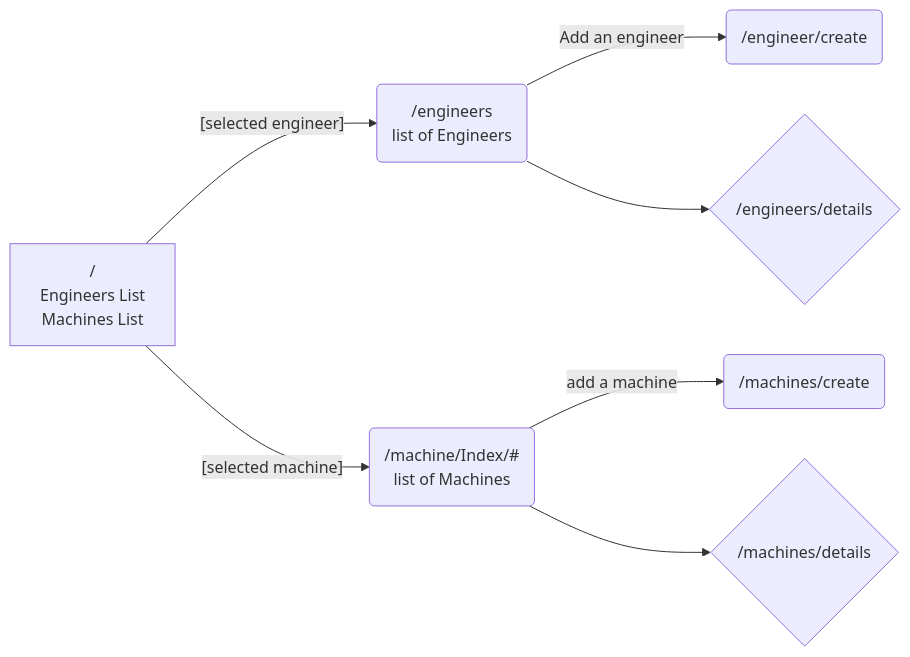
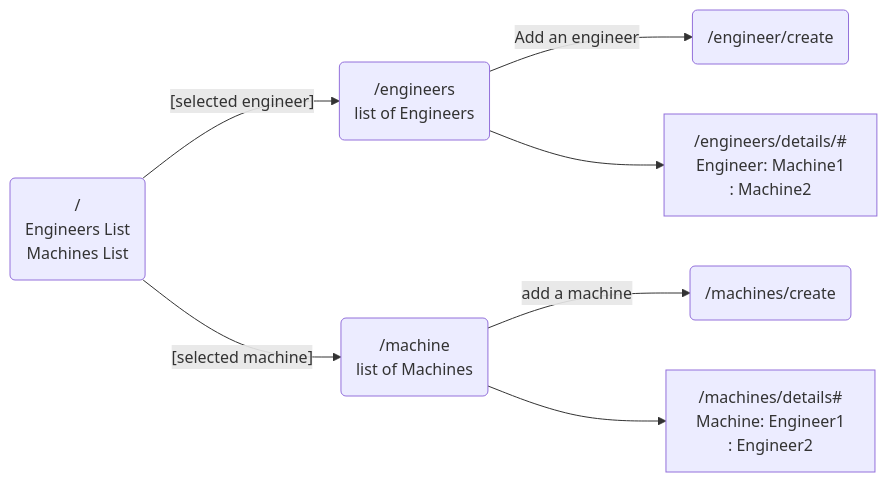
One commit to John-Dig/Factory.Solution changed the diagram in README.md. Above: the diagram before and after it, drawn with Mermaid. The commit also changed 14 other files, not shown here.

````diff
--- a/README.md
+++ b/README.md
@@ -3,8 +3,8 @@
 ```mermaid
 flowchart LR
-SplashPage["/"<br>Engineers List<br>Machines List]--"[selected engineer]"-->EngineersIndex("/engineers"<br>list of Engineers)--Add an engineer-->EngineerCreate("/engineer/create") 
-EngineersIndex-->EngineersDetails{"/engineers/details"}
-SplashPage--"[selected machine]"-->MachineIndex("/machine/Index/#"<br>list of Machines<br>)--add a machine-->MachineCreate("/machines/create"<br>)
-MachineIndex-->MachineDetails{"/machines/details"}
+SplashPage("/"<br>Engineers List<br>Machines List)--"[selected engineer]"-->EngineersIndex("/engineers"<br>list of Engineers)--Add an engineer-->EngineerCreate("/engineer/create") 
+EngineersIndex-->EngineersDetails["/engineers/details/#"<br>Engineer: Machine1<br>        : Machine2]
+SplashPage--"[selected machine]"-->MachineIndex("/machine"<br>list of Machines<br>)--add a machine-->MachineCreate("/machines/create"<br>)
+MachineIndex-->MachineDetails["/machines/details#"<br>Machine: Engineer1<br>       : Engineer2]
 
 ```
````
